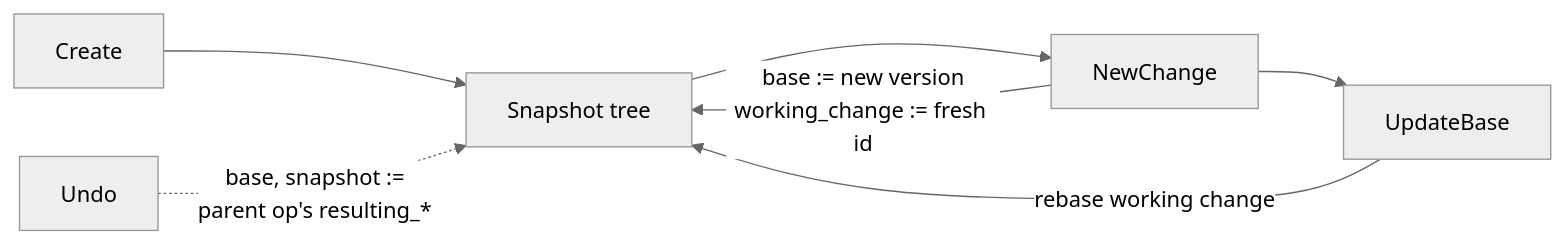
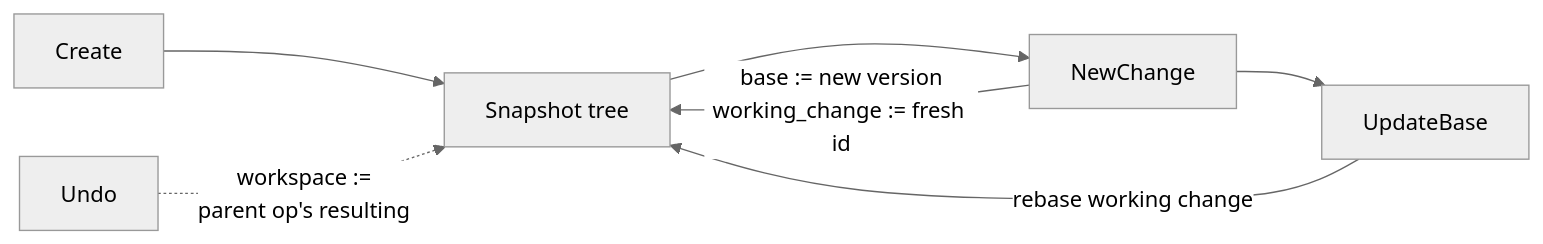
One commit to envoy1084/rill changed the diagram in architecture/04-workflow/workspaces.md. Above: the diagram before and after it, drawn with Mermaid (neutral theme). The commit also changed other lines of this file and 15 other files, not shown here.

````diff
--- a/architecture/04-workflow/workspaces.md
+++ b/architecture/04-workflow/workspaces.md
@@ -12,9 +12,9 @@
 ```mermaid
 flowchart LR
     C[Create] --> S[Snapshot tree]
     S --> N[NewChange]
     N -->|base := new version<br/>working_change := fresh id| S
     N --> U[UpdateBase]
     U -->|rebase working change| S
-    X[Undo] -.->|base, snapshot :=<br/>parent op's resulting_*| S
+    X[Undo] -.->|workspace :=<br/>parent op's resulting| S
 ```
````
